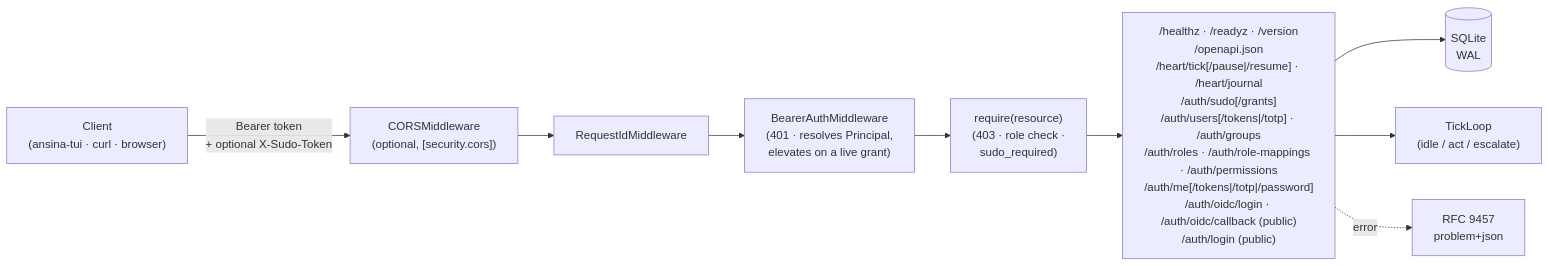
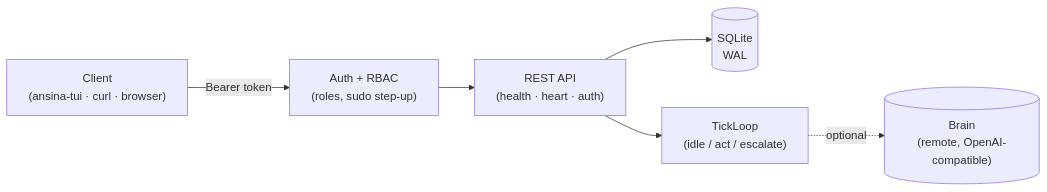
Before and after one commit to giacchetta/ansina: the diagram in README.md, drawn with Mermaid. The commit also changed other lines of this file and 86 other files, not shown here.

First line of the commit message:
Ansina — Heartbeat: First Brain Call (M7) (#66)

````diff
--- a/README.md
+++ b/README.md
@@ -9,11 +7,8 @@
 ```mermaid
 flowchart LR
-    Client["Client<br/>(ansina-tui · curl · browser)"] -->|Bearer token<br/>+ optional X-Sudo-Token| CORS["CORSMiddleware<br/>(optional, [security.cors])"]
-    CORS --> MW["RequestIdMiddleware"]
-    MW --> Auth["BearerAuthMiddleware<br/>(401 · resolves Principal,<br/>elevates on a live grant)"]
-    Auth --> Authz["require(resource)<br/>(403 · role check ·<br/>sudo_required)"]
-    Authz --> Routes["/healthz · /readyz · /version<br/>/openapi.json<br/>/heart/tick[/pause|/resume] · /heart/journal<br/>/auth/sudo[/grants]<br/>/auth/users[/tokens|/totp] · /auth/groups<br/>/auth/roles · /auth/role-mappings · /auth/permissions<br/>/auth/me[/tokens|/totp|/password]<br/>/auth/oidc/login · /auth/oidc/callback (public)<br/>/auth/login (public)"]
-    Routes --> DB[("SQLite<br/>WAL")]
-    Routes --> Tick["TickLoop<br/>(idle / act / escalate)"]
-    Routes -.error.-> Problem["RFC 9457<br/>problem+json"]
+    Client["Client\n(ansina-tui · curl · browser)"] -->|Bearer token| Auth["Auth + RBAC\n(roles, sudo step-up)"]
+    Auth --> Routes["REST API\n(health · heart · auth)"]
+    Routes --> DB[("SQLite\nWAL")]
+    Routes --> Tick["TickLoop\n(idle / act / escalate)"]
+    Tick -.optional.-> Brain[("Brain\n(remote, OpenAI-compatible)")]
 ```
````
